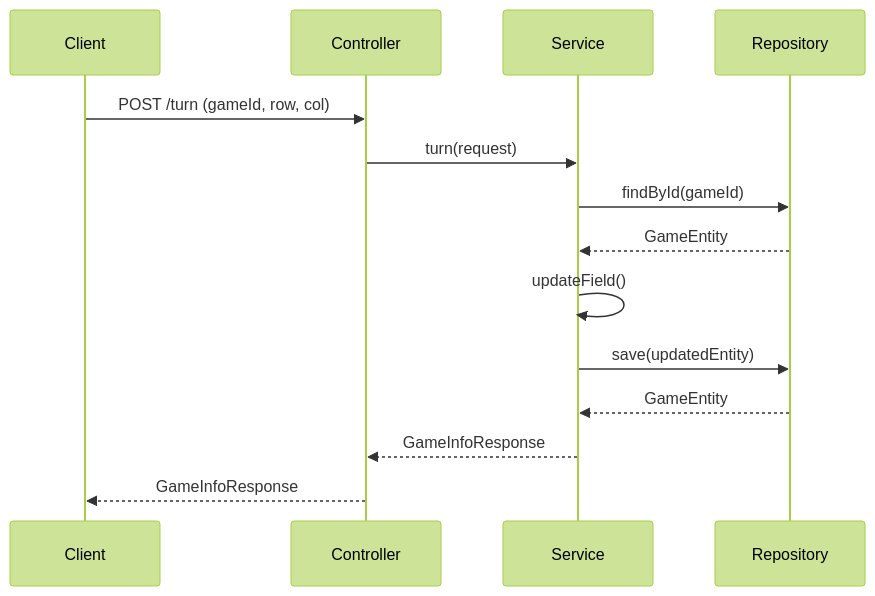
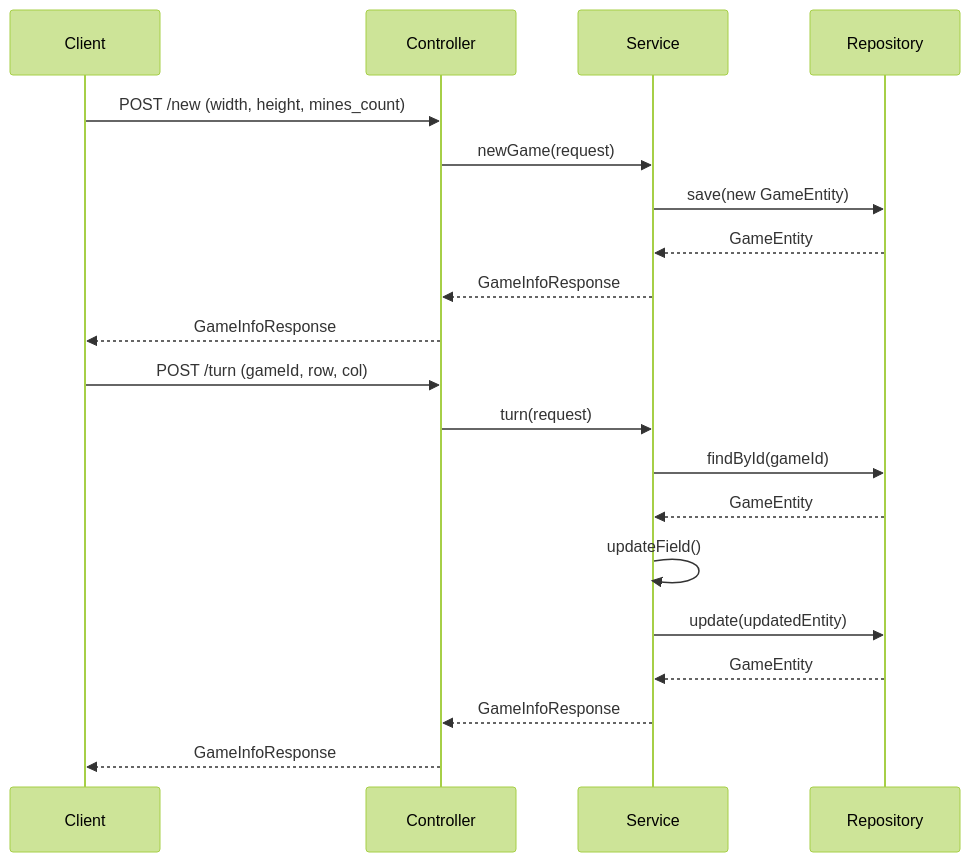
One commit to korvalanni/GameBack changed the diagram in README.md. Above: the diagram before and after it, drawn with Mermaid (forest theme).

````diff
--- a/README.md
+++ b/README.md
@@ -79,17 +79,24 @@
 ```mermaid
 sequenceDiagram
     participant Client
     participant Controller
     participant Service
     participant Repository
 
+    Client->>Controller: POST /new (width, height, mines_count)
+    Controller->>Service: newGame(request)
+    Service->>Repository: save(new GameEntity)
+    Repository-->>Service: GameEntity
+    Service-->>Controller: GameInfoResponse
+    Controller-->>Client: GameInfoResponse
+
     Client->>Controller: POST /turn (gameId, row, col)
     Controller->>Service: turn(request)
     Service->>Repository: findById(gameId)
     Repository-->>Service: GameEntity
     Service->>Service: updateField()
-    Service->>Repository: save(updatedEntity)
+    Service->>Repository: update(updatedEntity)
     Repository-->>Service: GameEntity
     Service-->>Controller: GameInfoResponse
     Controller-->>Client: GameInfoResponse
 ```
````
